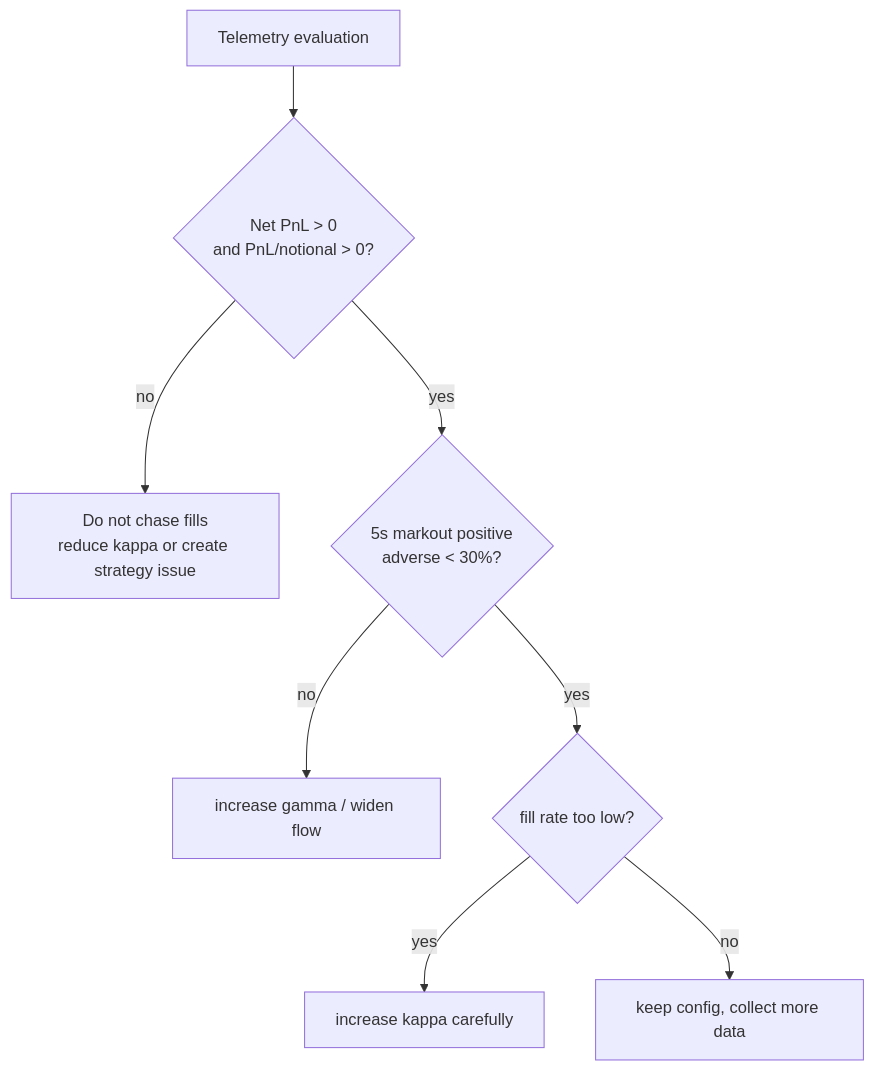
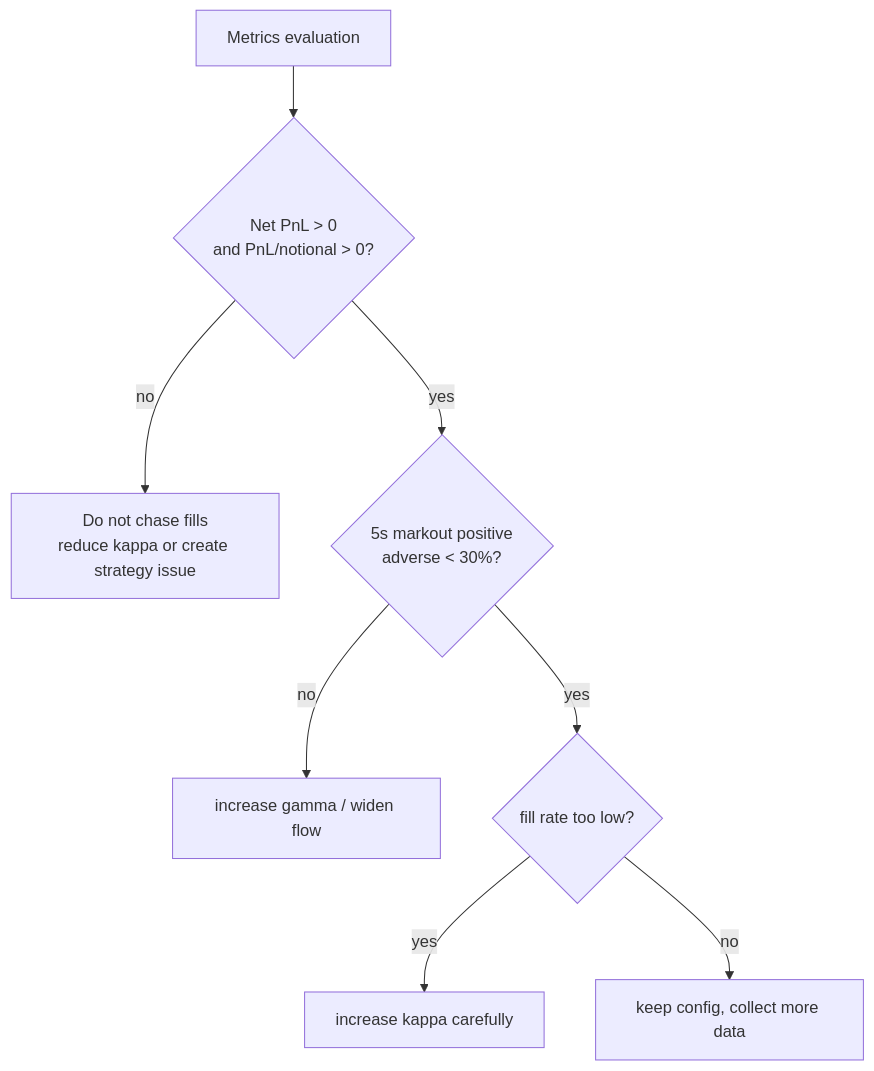
The seventh of 7 diagrams in docs/storategy/README.md (posaune0423/simple-mm-bot), drawn with Mermaid before and after one commit. The commit also changed 86 other files, not shown here.

````diff
--- a/docs/storategy/README.md
+++ b/docs/storategy/README.md
@@ -255,10 +255,10 @@
 ```mermaid
 flowchart TD
-  Eval["Telemetry evaluation"] --> Pnl{"Net PnL > 0<br/>and PnL/notional > 0?"}
+  Eval["Metrics evaluation"] --> Pnl{"Net PnL > 0<br/>and PnL/notional > 0?"}
   Pnl -->|no| Defensive["Do not chase fills<br/>reduce kappa or create strategy issue"]
   Pnl -->|yes| Markout{"5s markout positive<br/>adverse < 30%?"}
   Markout -->|no| Wider["increase gamma / widen flow"]
   Markout -->|yes| Fill{"fill rate too low?"}
   Fill -->|yes| More["increase kappa carefully"]
   Fill -->|no| Hold["keep config, collect more data"]
 ```
````
